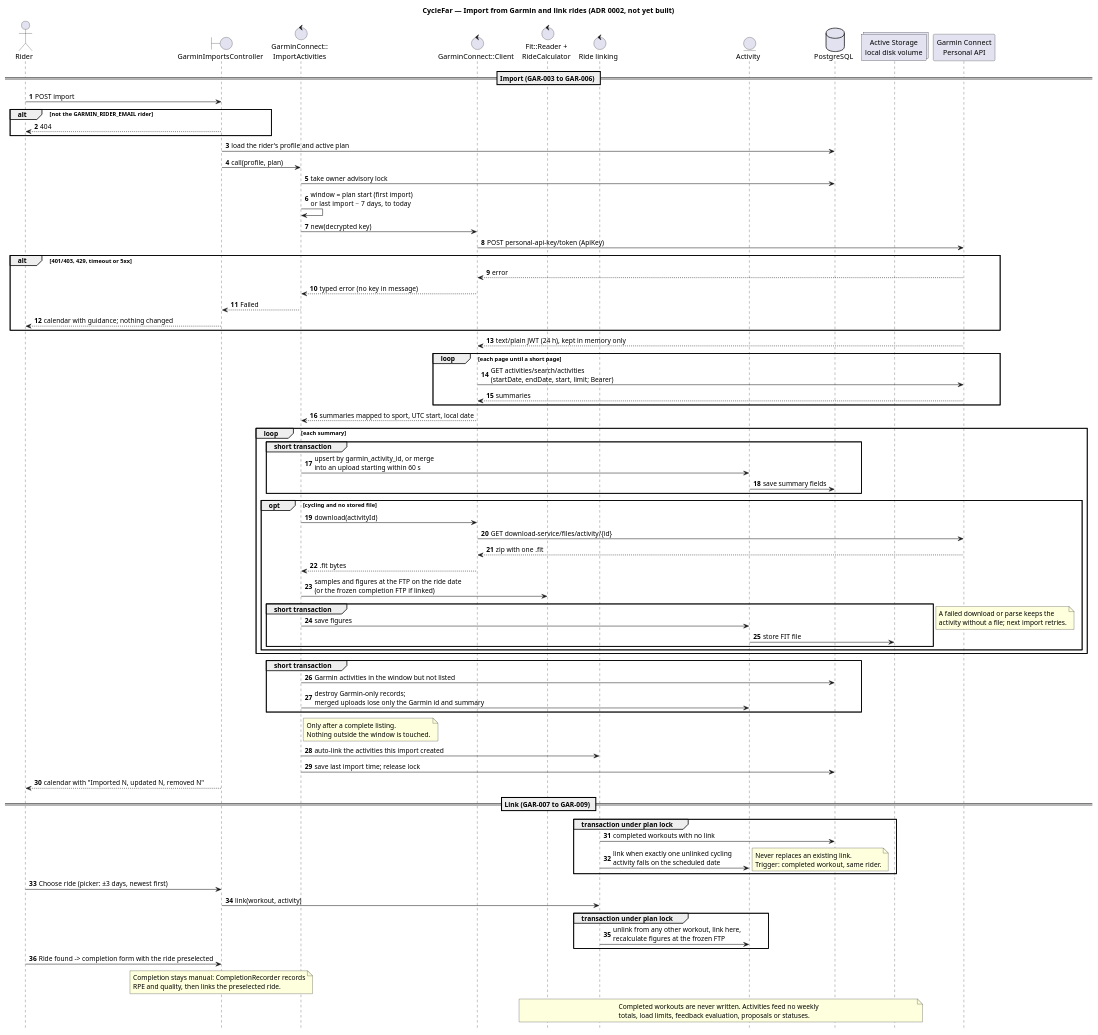
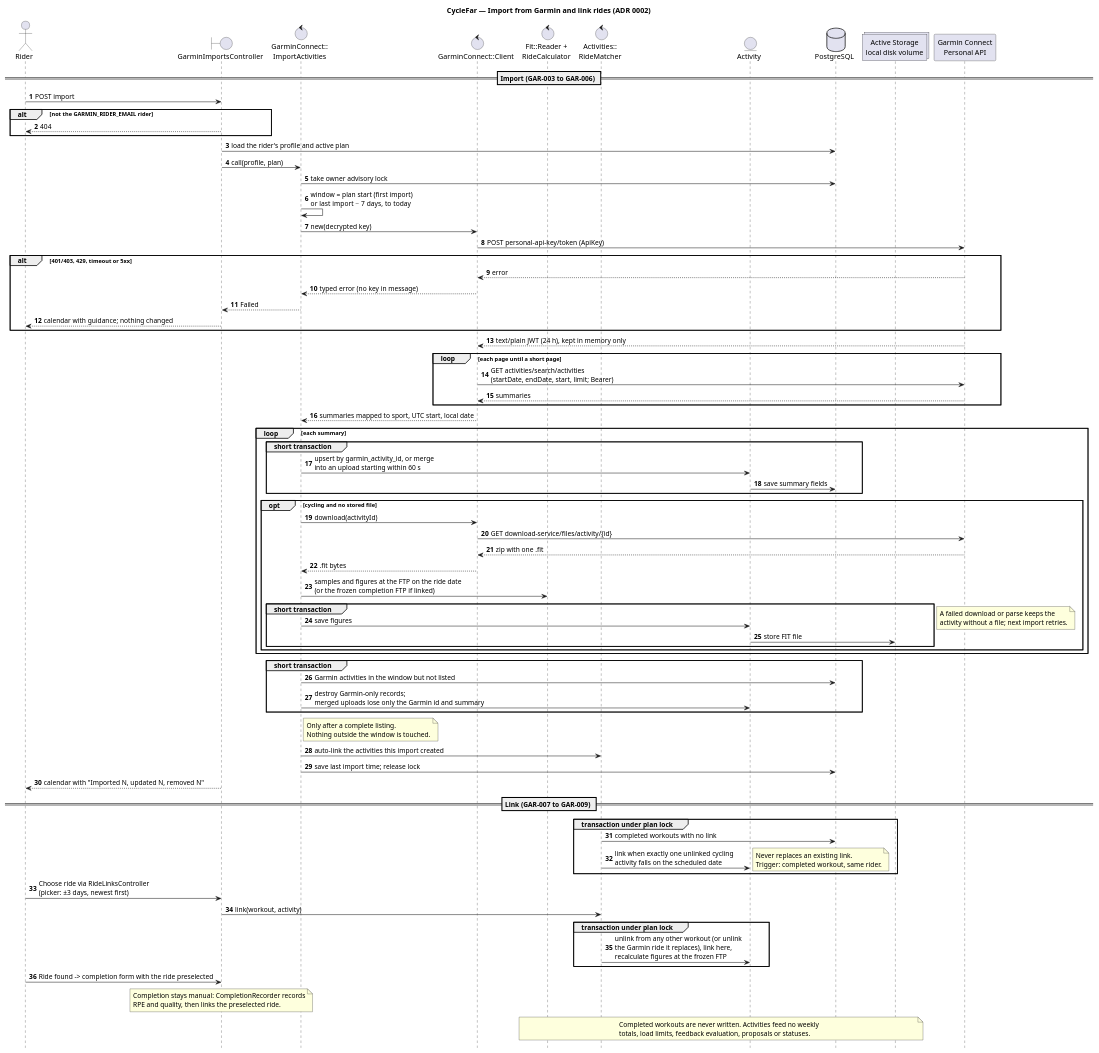
Before and after one commit to richardhartme/cyclefar: the diagram in docs/diagrams/sequence-cyclefar-garmin-import.puml, drawn with PlantUML. The commit also changed 27 other files, not shown here.

First line of the commit message:
Match, auto-link and relink rides to completed workouts

```diff
--- a/docs/diagrams/sequence-cyclefar-garmin-import.puml
+++ b/docs/diagrams/sequence-cyclefar-garmin-import.puml
@@ -1,92 +1,92 @@
 @startuml
-title CycleFar — Import from Garmin and link rides (ADR 0002, not yet built)
+title CycleFar — Import from Garmin and link rides (ADR 0002)
 
 autonumber
 hide footbox
 
 actor Rider
 boundary "GarminImportsController" as Controller
 control "GarminConnect::\nImportActivities" as Import
 control "GarminConnect::Client" as Client
 control "Fit::Reader +\nRideCalculator" as Calculator
-control "Ride linking" as Linker
+control "Activities::\nRideMatcher" as Linker
 entity "Activity" as Activity
 database "PostgreSQL" as Database
 collections "Active Storage\nlocal disk volume" as Storage
 participant "Garmin Connect\nPersonal API" as Garmin
 
 == Import (GAR-003 to GAR-006) ==
 Rider -> Controller: POST import
 alt not the GARMIN_RIDER_EMAIL rider
   Controller --> Rider: 404
 end
 Controller -> Database: load the rider's profile and active plan
 Controller -> Import: call(profile, plan)
 Import -> Database: take owner advisory lock
 Import -> Import: window = plan start (first import)\nor last import − 7 days, to today
 Import -> Client: new(decrypted key)
 Client -> Garmin: POST personal-api-key/token (ApiKey)
 alt 401/403, 429, timeout or 5xx
   Garmin --> Client: error
   Client --> Import: typed error (no key in message)
   Import --> Controller: Failed
   Controller --> Rider: calendar with guidance; nothing changed
 end
 Garmin --> Client: text/plain JWT (24 h), kept in memory only
 loop each page until a short page
   Client -> Garmin: GET activities/search/activities\n(startDate, endDate, start, limit; Bearer)
   Garmin --> Client: summaries
 end
 Client --> Import: summaries mapped to sport, UTC start, local date
 loop each summary
   group short transaction
     Import -> Activity: upsert by garmin_activity_id, or merge\ninto an upload starting within 60 s
     Activity -> Database: save summary fields
   end
   opt cycling and no stored file
     Import -> Client: download(activityId)
     Client -> Garmin: GET download-service/files/activity/{id}
     Garmin --> Client: zip with one .fit
     Client --> Import: .fit bytes
     Import -> Calculator: samples and figures at the FTP on the ride date\n(or the frozen completion FTP if linked)
     group short transaction
       Import -> Activity: save figures
       Activity -> Storage: store FIT file
     end
     note right: A failed download or parse keeps the\nactivity without a file; next import retries.
   end
 end
 group short transaction
   Import -> Database: Garmin activities in the window but not listed
   Import -> Activity: destroy Garmin-only records;\nmerged uploads lose only the Garmin id and summary
 end
 note right of Import
   Only after a complete listing.
   Nothing outside the window is touched.
 end note
 Import -> Linker: auto-link the activities this import created
 Import -> Database: save last import time; release lock
 Controller --> Rider: calendar with "Imported N, updated N, removed N"
 
 == Link (GAR-007 to GAR-009) ==
 group transaction under plan lock
   Linker -> Database: completed workouts with no link
   Linker -> Activity: link when exactly one unlinked cycling\nactivity falls on the scheduled date
   note right: Never replaces an existing link.\nTrigger: completed workout, same rider.
 end
-Rider -> Controller: Choose ride (picker: ±3 days, newest first)
+Rider -> Controller: Choose ride via RideLinksController\n(picker: ±3 days, newest first)
 Controller -> Linker: link(workout, activity)
 group transaction under plan lock
-  Linker -> Activity: unlink from any other workout, link here,\nrecalculate figures at the frozen FTP
+  Linker -> Activity: unlink from any other workout (or unlink\nthe Garmin ride it replaces), link here,\nrecalculate figures at the frozen FTP
 end
 Rider -> Controller: Ride found -> completion form with the ride preselected
 note over Controller
   Completion stays manual: CompletionRecorder records
   RPE and quality, then links the preselected ride.
 end note
 
 note over Calculator, Storage
   Completed workouts are never written. Activities feed no weekly
   totals, load limits, feedback evaluation, proposals or statuses.
 end note
 @enduml
```
